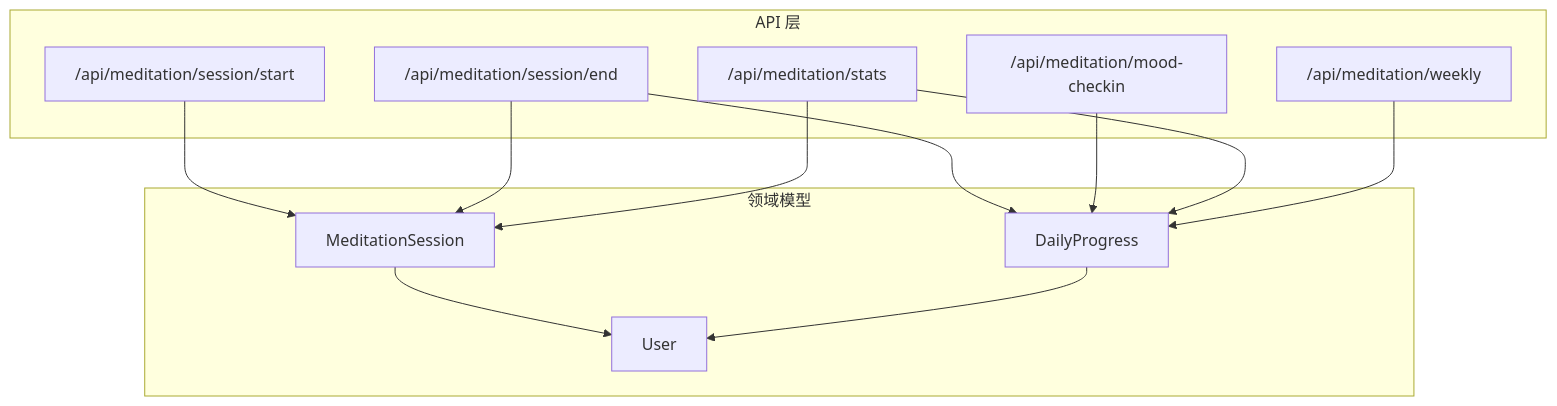
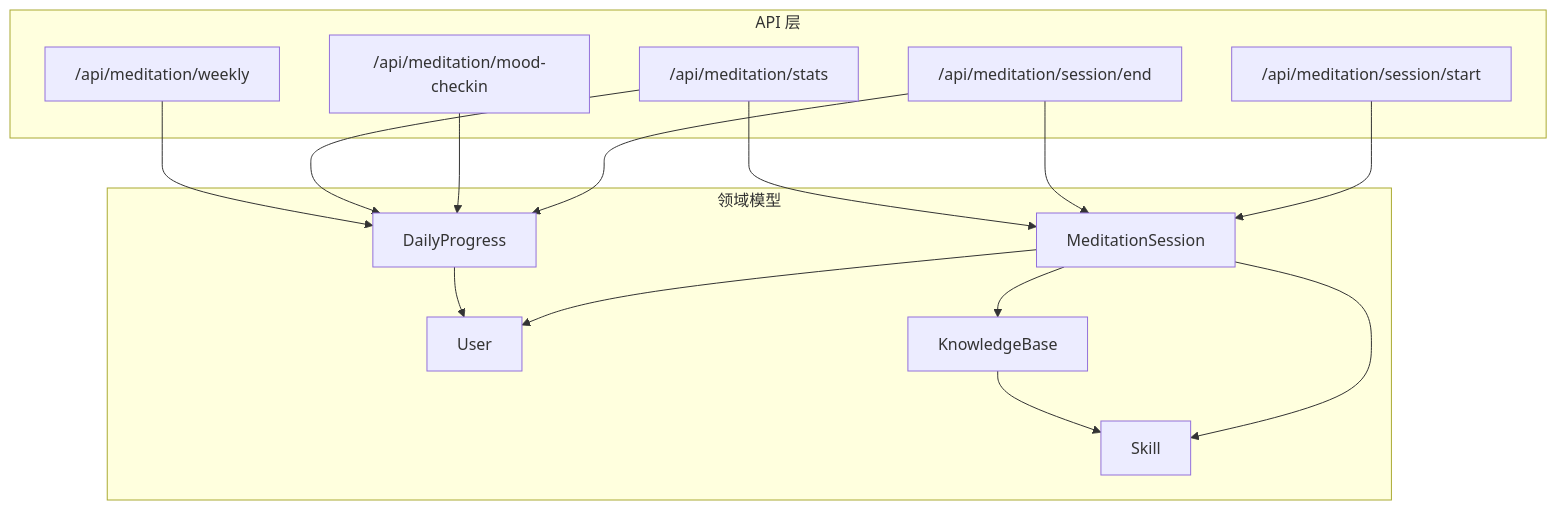
Before and after one commit to peace-lab-global/hush.ai: the first of 6 diagrams in .qoder/repowiki/zh/content/数据库设计/实体模型设计/冥想会话模型.md, drawn with Mermaid. The commit also changed other lines of this file and 47 other files, not shown here.

````diff
--- a/.qoder/repowiki/zh/content/数据库设计/实体模型设计/冥想会话模型.md
+++ b/.qoder/repowiki/zh/content/数据库设计/实体模型设计/冥想会话模型.md
@@ -29,24 +38,29 @@
 ```mermaid
 graph TB
 subgraph "API 层"
 A["/api/meditation/session/start"]
 B["/api/meditation/session/end"]
 C["/api/meditation/mood-checkin"]
 D["/api/meditation/stats"]
 E["/api/meditation/weekly"]
 end
 subgraph "领域模型"
 M1["MeditationSession"]
 M2["DailyProgress"]
 U["User"]
+K["KnowledgeBase"]
+S["Skill"]
 end
 A --> M1
 B --> M1
 B --> M2
 C --> M2
 D --> M1
 D --> M2
 E --> M2
 M1 --> U
 M2 --> U
+M1 --> K
+M1 --> S
+K --> S
 ```
````
